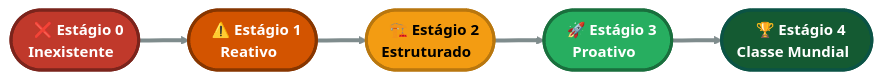
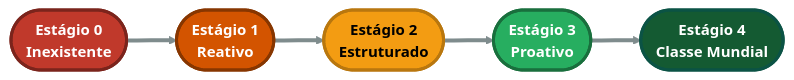
Before and after one commit to rafasfer2/MiningAnalyticsBook: the sixth of 10 diagrams in chapters/cap2-modelos-gestao.qmd, drawn with Mermaid. The commit also changed other lines of this file and 3 other files, not shown here.

Commit message:
Cap2: corrigir render dos diagramas Mermaid e atualizar output

````diff
--- a/chapters/cap2-modelos-gestao.qmd
+++ b/chapters/cap2-modelos-gestao.qmd
@@ -877,33 +829,33 @@
 ```{mermaid}
 %%| label: fig-escala-maturidade
 %%| fig-cap: "Escala Semafórica de Maturidade"
 
 flowchart LR
 
     %% --- CONFIGURAÇÃO DE ESTILOS (Escala Semafórica de Maturidade) ---
     classDef st0 fill:#c0392b,stroke:#7b241c,stroke-width:3px,color:#ffffff,font-size:15px,font-weight:bold
     classDef st1 fill:#d35400,stroke:#873600,stroke-width:3px,color:#ffffff,font-size:15px,font-weight:bold
     classDef st2 fill:#f39c12,stroke:#b9770e,stroke-width:3px,color:#000000,font-size:15px,font-weight:bold
     classDef st3 fill:#27ae60,stroke:#196f3d,stroke-width:3px,color:#ffffff,font-size:15px,font-weight:bold
     classDef st4 fill:#145a32,stroke:#0b5345,stroke-width:3px,color:#ffffff,font-size:15px,font-weight:bold
 
-    %% --- ESTRUTURA DOS NÓS (Uso de <br> e &nbsp; para evitar quebra errada) ---
-    A(["&nbsp;&nbsp;❌ Estágio 0<br>Inexistente&nbsp;&nbsp;"])
-    B(["&nbsp;&nbsp;⚠️ Estágio 1<br>Reativo&nbsp;&nbsp;"])
-    C(["&nbsp;&nbsp;🏗️ Estágio 2<br>Estruturado&nbsp;&nbsp;"])
-    D(["&nbsp;&nbsp;🚀 Estágio 3<br>Proativo&nbsp;&nbsp;"])
-    E(["&nbsp;&nbsp;🏆 Estágio 4<br>Classe Mundial&nbsp;&nbsp;"])
+    %% --- ESTRUTURA DOS NÓS (Versão compatível para renderização estável) ---
+    A(["Estágio 0<br/>Inexistente"])
+    B(["Estágio 1<br/>Reativo"])
+    C(["Estágio 2<br/>Estruturado"])
+    D(["Estágio 3<br/>Proativo"])
+    E(["Estágio 4<br/>Classe Mundial"])
 
     %% --- CONEXÕES (Linha do Tempo Evolutiva) ---
     A ==> B ==> C ==> D ==> E
 
     %% Engrossando a linha direcional para dar peso à jornada
     linkStyle default stroke:#7f8c8d,stroke-width:4px
 
     %% --- APLICAÇÃO DOS ESTILOS ---
     class A st0;
     class B st1;
     class C st2;
     class D st3;
     class E st4;
 ```
````
